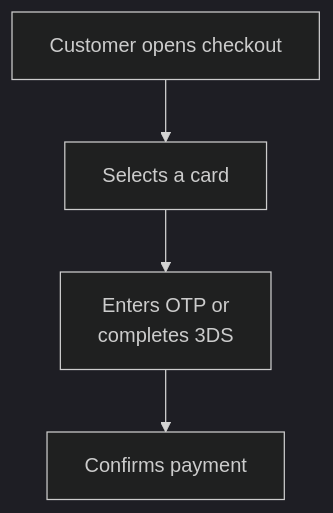
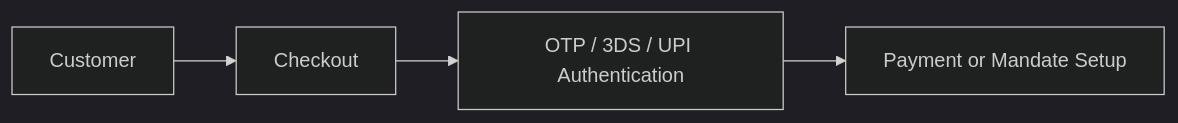
The second of 14 diagrams in src/content/payments/mandates-recurring.md (AvadhBhalodiya/Interview-Preparation), drawn with Mermaid (dark theme) before and after one commit. The commit also changed other lines of this file and 54 other files, not shown here.

````diff
--- a/src/content/payments/mandates-recurring.md
+++ b/src/content/payments/mandates-recurring.md
@@ -266,6 +190,6 @@
 ```mermaid
-flowchart TD
-    OPEN[Customer opens checkout] --> CARD[Selects a card]
-    CARD --> AUTH[Enters OTP or<br/>completes 3DS]
-    AUTH --> CONFIRM[Confirms payment]
+flowchart LR
+    U[Customer] --> C[Checkout]
+    C --> A[OTP / 3DS / UPI Authentication]
+    A --> P[Payment or Mandate Setup]
 ```
````
